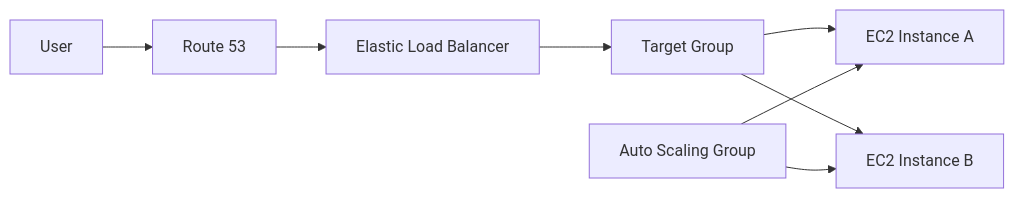
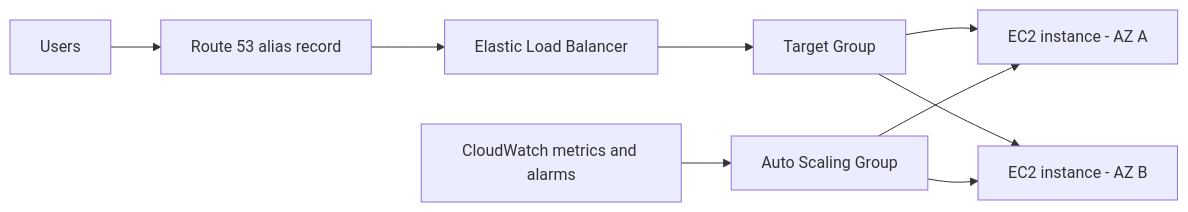
One commit to The-Jay-Aher/Notes changed the first of 4 diagrams in AWS Solution Architect/6 - High Availability and Scalability ELB and ASG.md. Above: the diagram before and after it, drawn with Mermaid. The commit also changed other lines of this file and 3 other files, not shown here.

Commit message:
Merge and consolidate High Availability and Scalability ELB/ASG content into a single canonical file, removing duplicates and enhancing the material with detailed explanations, diagrams, and AWS source links. Update CHANGELOG to reflect these changes and improvements.

````diff
--- a/AWS Solution Architect/6 - High Availability and Scalability ELB and ASG.md
+++ b/AWS Solution Architect/6 - High Availability and Scalability ELB and ASG.md
@@ -612,10 +70,11 @@
 ```mermaid
 flowchart LR
-    U[User] --> R[Route 53]
-    R --> L[Elastic Load Balancer]
-    L --> TG[Target Group]
-    TG --> I1[EC2 Instance A]
-    TG --> I2[EC2 Instance B]
-    ASG[Auto Scaling Group] --> I1
-    ASG --> I2
+    U[Users] --> R[Route 53 alias record]
+    R --> ALB[Elastic Load Balancer]
+    ALB --> TG[Target Group]
+    TG --> EC2A[EC2 instance - AZ A]
+    TG --> EC2B[EC2 instance - AZ B]
+    ASG[Auto Scaling Group] --> EC2A
+    ASG --> EC2B
+    CW[CloudWatch metrics and alarms] --> ASG
 ```
````
